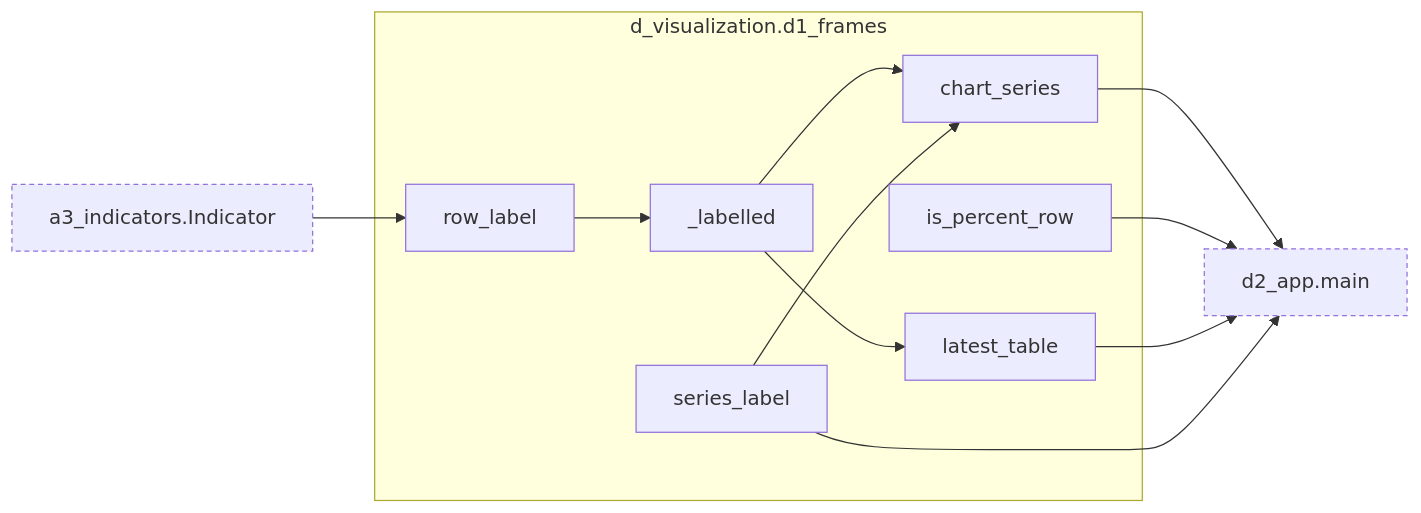
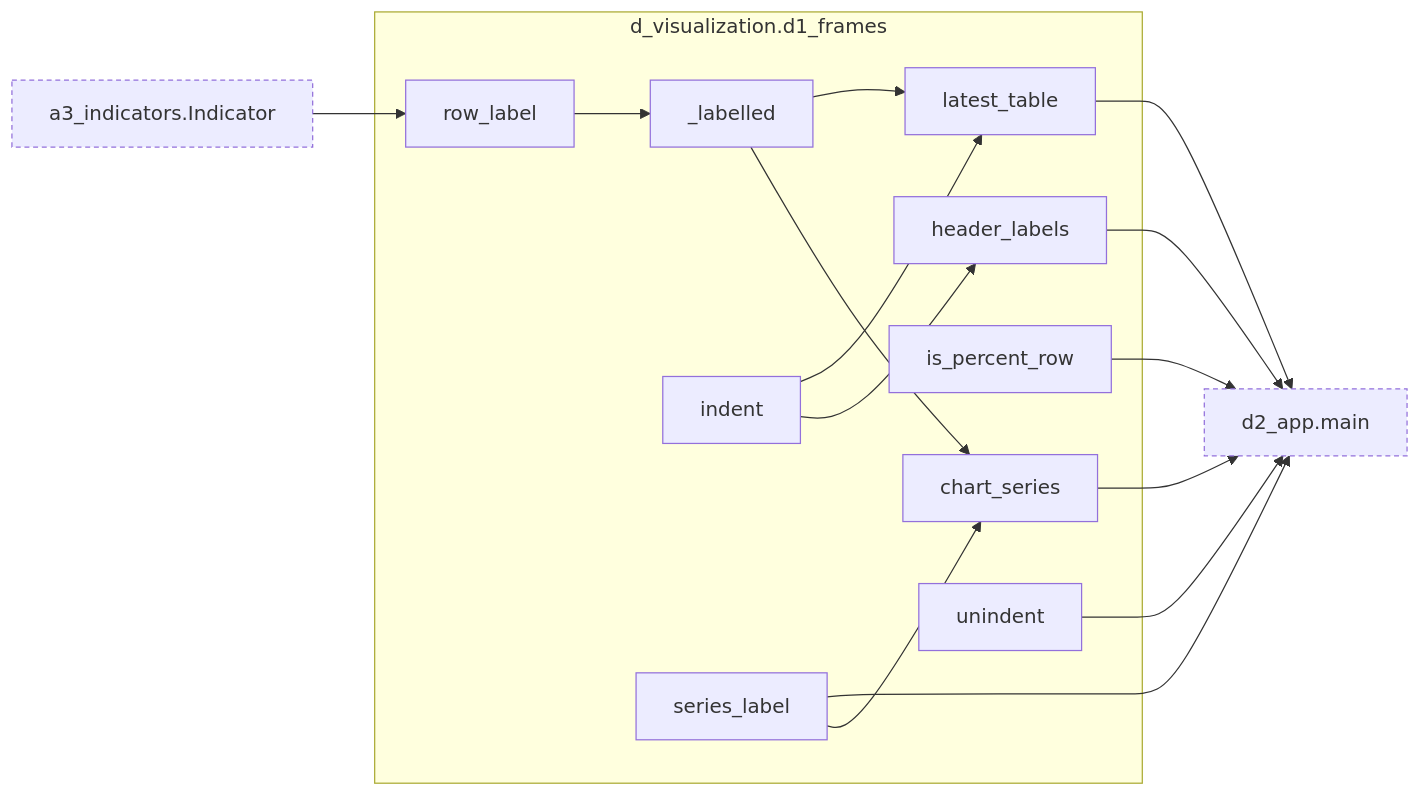
One commit to bsawyerg15/MacroScan changed diagram 14 of 15 in docs/architecture.md. Above: the diagram before and after it, drawn with Mermaid. The commit also changed other lines of this file and 6 other files, not shown here.

````diff
--- a/docs/architecture.md
+++ b/docs/architecture.md
@@ -1249,31 +1265,41 @@
 ```mermaid
 flowchart LR
   subgraph this["d_visualization.d1_frames"]
     n_d_visualization_d1_frames__labelled["_labelled"]
     n_d_visualization_d1_frames_chart_series["chart_series"]
+    n_d_visualization_d1_frames_header_labels["header_labels"]
+    n_d_visualization_d1_frames_indent["indent"]
     n_d_visualization_d1_frames_is_percent_row["is_percent_row"]
     n_d_visualization_d1_frames_latest_table["latest_table"]
     n_d_visualization_d1_frames_row_label["row_label"]
     n_d_visualization_d1_frames_series_label["series_label"]
+    n_d_visualization_d1_frames_unindent["unindent"]
   end
   n_a_core_a3_indicators_Indicator["a3_indicators.Indicator"]:::ext
   n_d_visualization_d2_app_main["d2_app.main"]:::ext
   n_d_visualization_d1_frames_row_label --> n_d_visualization_d1_frames__labelled
   n_d_visualization_d1_frames__labelled --> n_d_visualization_d1_frames_chart_series
   n_d_visualization_d1_frames_series_label --> n_d_visualization_d1_frames_chart_series
+  n_d_visualization_d1_frames_indent --> n_d_visualization_d1_frames_header_labels
   n_d_visualization_d1_frames__labelled --> n_d_visualization_d1_frames_latest_table
+  n_d_visualization_d1_frames_indent --> n_d_visualization_d1_frames_latest_table
   n_a_core_a3_indicators_Indicator --> n_d_visualization_d1_frames_row_label
   n_d_visualization_d1_frames_chart_series --> n_d_visualization_d2_app_main
+  n_d_visualization_d1_frames_header_labels --> n_d_visualization_d2_app_main
   n_d_visualization_d1_frames_is_percent_row --> n_d_visualization_d2_app_main
   n_d_visualization_d1_frames_latest_table --> n_d_visualization_d2_app_main
   n_d_visualization_d1_frames_series_label --> n_d_visualization_d2_app_main
+  n_d_visualization_d1_frames_unindent --> n_d_visualization_d2_app_main
   click n_a_core_a3_indicators_Indicator href "#cls-Indicator"
   click n_d_visualization_d1_frames__labelled href "#fn-d_visualization-d1_frames-_labelled"
   click n_d_visualization_d1_frames_chart_series href "#fn-d_visualization-d1_frames-chart_series"
+  click n_d_visualization_d1_frames_header_labels href "#fn-d_visualization-d1_frames-header_labels"
+  click n_d_visualization_d1_frames_indent href "#fn-d_visualization-d1_frames-indent"
   click n_d_visualization_d1_frames_is_percent_row href "#fn-d_visualization-d1_frames-is_percent_row"
   click n_d_visualization_d1_frames_latest_table href "#fn-d_visualization-d1_frames-latest_table"
   click n_d_visualization_d1_frames_row_label href "#fn-d_visualization-d1_frames-row_label"
   click n_d_visualization_d1_frames_series_label href "#fn-d_visualization-d1_frames-series_label"
+  click n_d_visualization_d1_frames_unindent href "#fn-d_visualization-d1_frames-unindent"
   click n_d_visualization_d2_app_main href "#fn-d_visualization-d2_app-main"
   classDef ext stroke-dasharray: 4 3
 ```
````
